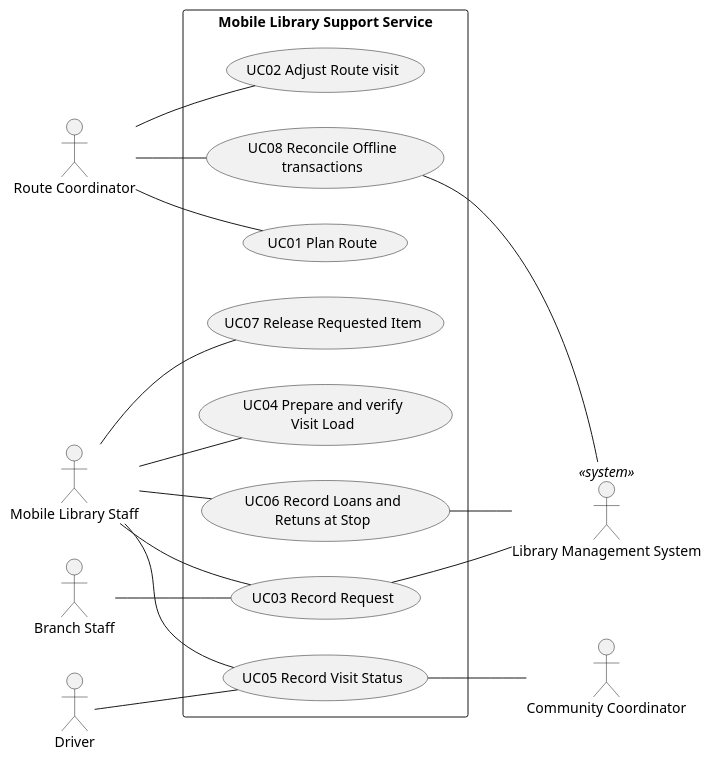
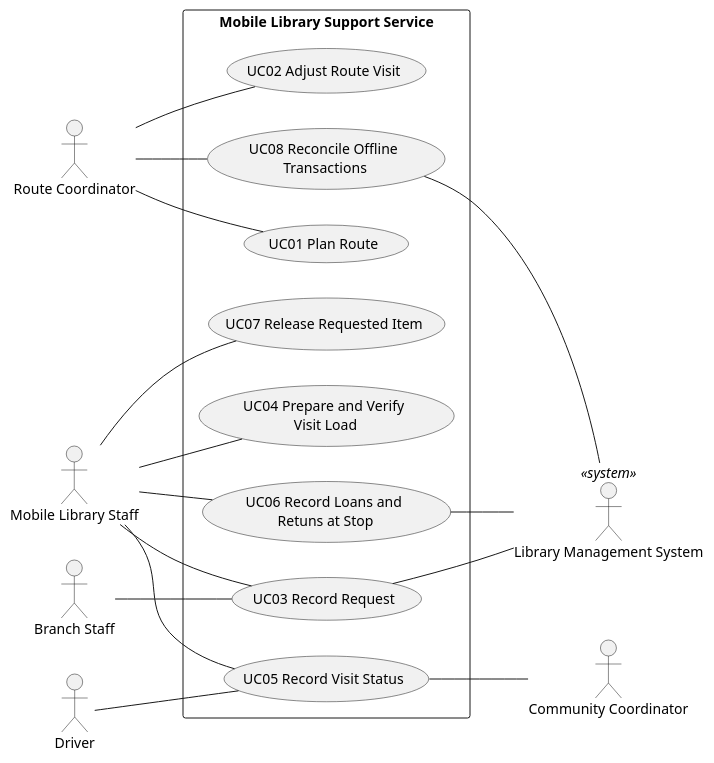
Before and after one commit to EoinMannix/OOAD-ca1-analysis: the diagram in diagrams/use-case-model.puml, drawn with PlantUML. The commit also changed 8 other files, not shown here.

```diff
--- a/diagrams/use-case-model.puml
+++ b/diagrams/use-case-model.puml
@@ -1,40 +1,40 @@
 @startuml
 
 left to right direction
 actor "Route Coordinator" as RC
 actor "Mobile Library Staff" as MS 
 actor "Driver" as DR 
 actor "Branch Staff" as BS 
 actor "Community Coordinator" as CC 
 actor "Library Management System" as LMS <<system>>
 
 rectangle "Mobile Library Support Service" {
 
     usecase "UC01 Plan Route" as UC01
-    usecase "UC02 Adjust Route visit" as UC02
+    usecase "UC02 Adjust Route Visit" as UC02
     usecase "UC03 Record Request" as UC03
-    usecase "UC04 Prepare and verify\nVisit Load" as UC04
+    usecase "UC04 Prepare and Verify\n Visit Load" as UC04
     usecase "UC05 Record Visit Status" as UC05
-    usecase "UC06 Record Loans and\nRetuns at Stop" as UC06
+    usecase "UC06 Record Loans and\n Retuns at Stop" as UC06
     usecase "UC07 Release Requested Item" as UC07
-    usecase "UC08 Reconcile Offline\ntransactions" as UC08
+    usecase "UC08 Reconcile Offline\n Transactions" as UC08
 
 }
 
 RC -- UC01
 RC -- UC02
 RC -- UC08
 BS -- UC03
 MS -- UC03
 MS -- UC04
 MS -- UC05
 DR -- UC05
 MS -- UC06
 MS -- UC07
 UC05 -- CC
 UC03 -- LMS
 UC06 -- LMS
 UC08 -- LMS
 
 
 @enduml
```
